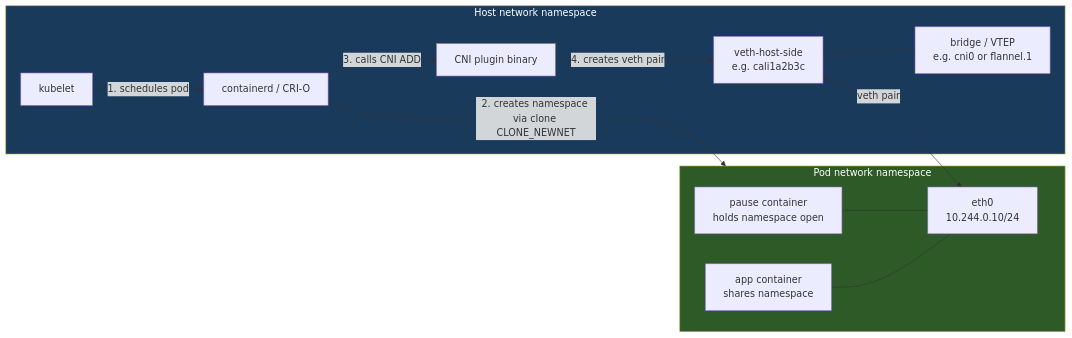
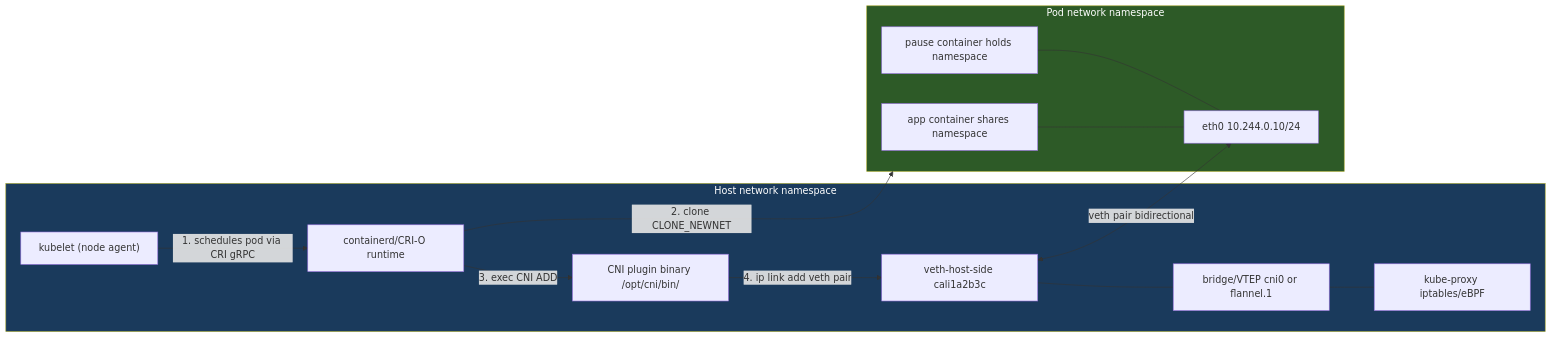
Before and after one commit to MykolaLebid/Kubernetes_networking_engineering: the first of 2 diagrams in lessons/04-network-namespaces-deep-dive.md, drawn with Mermaid. The commit also changed other lines of this file and 35 other files, not shown here.

First line of the commit message:
Restructure all 34 lessons: Theory/Practice split, richer diagrams, industry examples, navigation

````diff
--- a/lessons/04-network-namespaces-deep-dive.md
+++ b/lessons/04-network-namespaces-deep-dive.md
@@ -69,28 +59,30 @@
 ```mermaid
 flowchart LR
     subgraph node [Host network namespace]
-        K[kubelet]
-        CRI[containerd / CRI-O]
-        CNI[CNI plugin binary]
-        HOST_VETH[veth-host-side\ne.g. cali1a2b3c]
-        BRIDGE[bridge / VTEP\ne.g. cni0 or flannel.1]
+        K["kubelet (node agent)"]
+        CRI["containerd/CRI-O runtime"]
+        CNI["CNI plugin binary /opt/cni/bin/"]
+        HOST_VETH["veth-host-side cali1a2b3c"]
+        BRIDGE["bridge/VTEP cni0 or flannel.1"]
+        PROXY["kube-proxy iptables/eBPF"]
         HOST_VETH --- BRIDGE
     end
 
     subgraph pod [Pod network namespace]
-        PAUSE[pause container\nholds namespace open]
-        APP[app container\nshares namespace]
-        ETH0[eth0\n10.244.0.10/24]
+        PAUSE["pause container holds namespace"]
+        APP["app container shares namespace"]
+        ETH0["eth0 10.244.0.10/24"]
         PAUSE --- ETH0
         APP --- ETH0
     end
 
-    K -->|1. schedules pod| CRI
-    CRI -->|2. creates namespace via clone CLONE_NEWNET| pod
-    CRI -->|3. calls CNI ADD| CNI
-    CNI -->|4. creates veth pair| HOST_VETH
-    HOST_VETH <-->|veth pair| ETH0
+    K -->|"1. schedules pod via CRI gRPC"| CRI
+    CRI -->|"2. clone CLONE_NEWNET"| pod
+    CRI -->|"3. exec CNI ADD"| CNI
+    CNI -->|"4. ip link add veth pair"| HOST_VETH
+    HOST_VETH <-->|"veth pair bidirectional"| ETH0
+    BRIDGE --- PROXY
 
     style node fill:#1a3a5c,color:#fff
     style pod fill:#2d5a27,color:#fff
 ```
````
